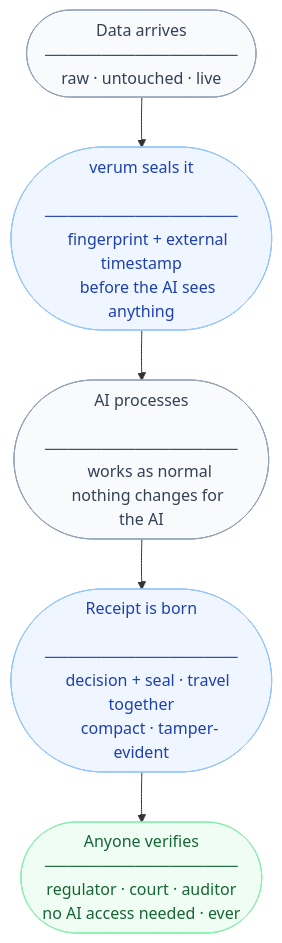
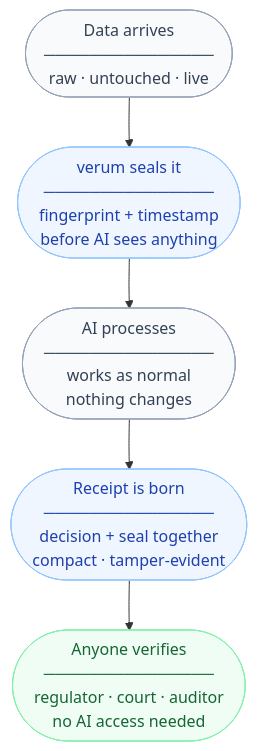
The second of 2 diagrams in README.md (SpyrosArg/Verum), drawn with Mermaid before and after one commit. The commit also changed other lines of this file, not shown here.

Commit message:
Refine Mermaid diagram formatting in README
Removed extra spaces in Mermaid diagrams and adjusted styles.

````diff
--- a/README.md
+++ b/README.md
@@ -52,37 +52,37 @@
 ```mermaid
 flowchart TD
-    A(["  Data arrives
-    ─────────────────
+    A(["Data arrives
+    ───────────────
     raw · untouched · live"])
 
-    B(["  verum seals it
-    ─────────────────
-    fingerprint + external timestamp
-    before the AI sees anything"])
+    B(["verum seals it
+    ───────────────
+    fingerprint + timestamp
+    before AI sees anything"])
 
-    C(["  AI processes
-    ─────────────────
+    C(["AI processes
+    ───────────────
     works as normal
-    nothing changes for the AI"])
+    nothing changes"])
 
-    D(["  Receipt is born
-    ─────────────────
-    decision + seal · travel together
+    D(["Receipt is born
+    ───────────────
+    decision + seal together
     compact · tamper-evident"])
 
-    E(["  Anyone verifies
-    ─────────────────
+    E(["Anyone verifies
+    ───────────────
     regulator · court · auditor
-    no AI access needed · ever"])
+    no AI access needed"])
 
     A --> B
     B --> C
     C --> D
     D --> E
 
     style A fill:#f8fafc,stroke:#94a3b8,color:#334155
     style B fill:#eff6ff,stroke:#93c5fd,color:#1e40af
     style C fill:#f8fafc,stroke:#94a3b8,color:#334155
     style D fill:#eff6ff,stroke:#93c5fd,color:#1e40af
-    style E fill:#f0fdf4,stroke:#86efac,color:#166534
+    style E fill:#f0fdf4,stroke:#86efac,color:#166634
 ```
````
